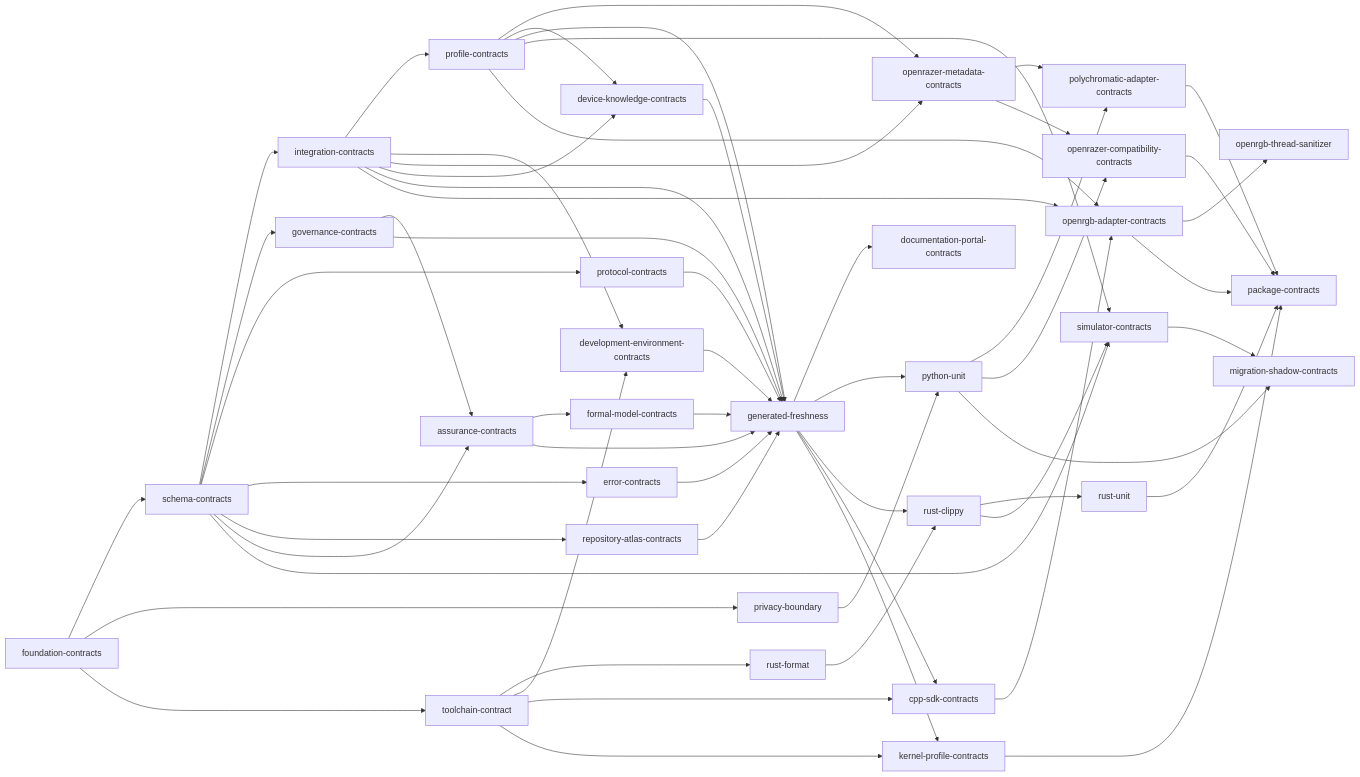
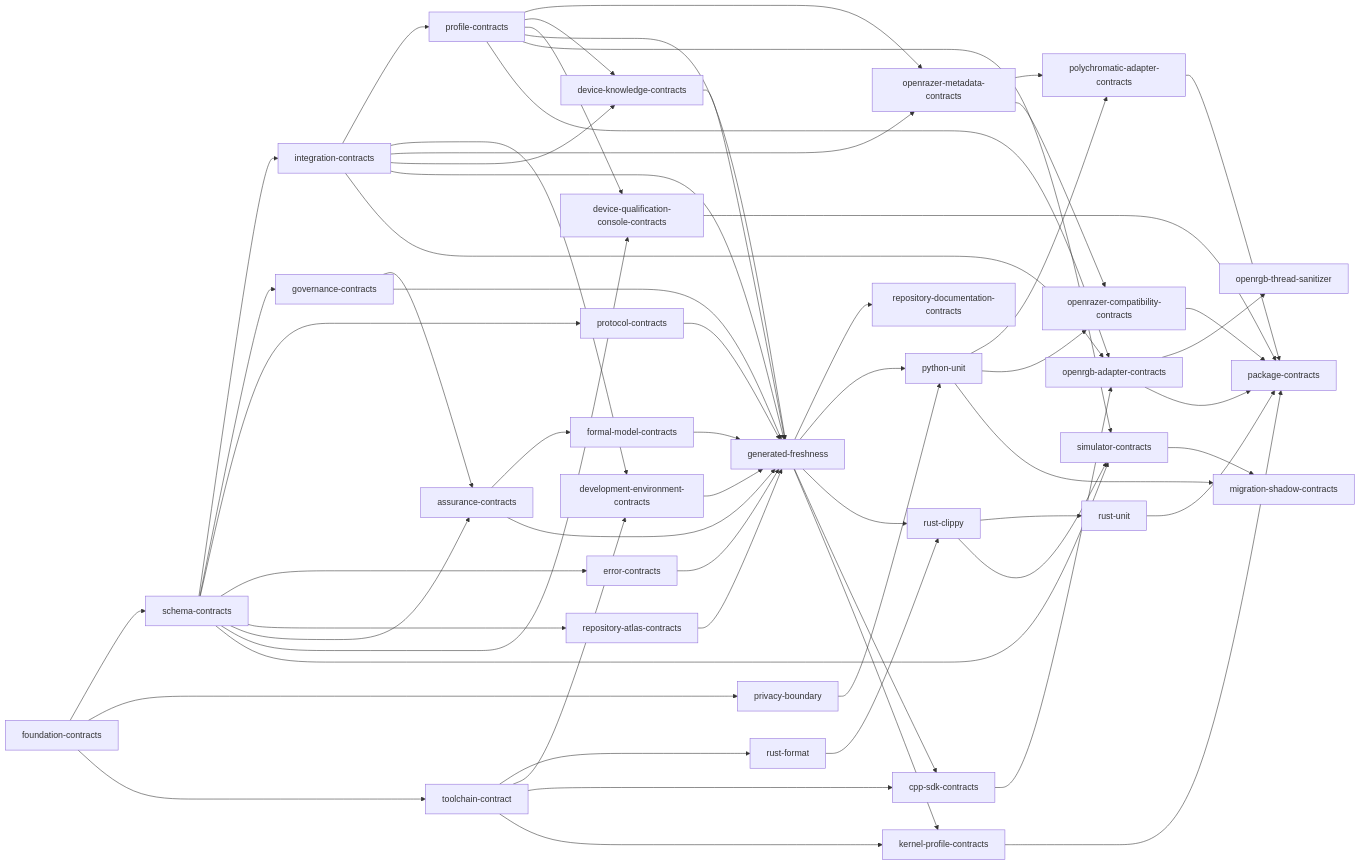
Before and after one commit to offalexjackson777-stack/hyperflux-next: the diagram in docs/generated/verification.md, drawn with Mermaid. The commit also changed other lines of this file and 129 other files, not shown here.

Commit message:
Rebuild repository experience around local qualification

````diff
--- a/docs/generated/verification.md
+++ b/docs/generated/verification.md
@@ -58,8 +59,9 @@
     formal_model_contracts["formal-model-contracts"]
     openrazer_metadata_contracts["openrazer-metadata-contracts"]
     device_knowledge_contracts["device-knowledge-contracts"]
+    device_qualification_console_contracts["device-qualification-console-contracts"]
     generated_freshness["generated-freshness"]
-    documentation_portal_contracts["documentation-portal-contracts"]
+    repository_documentation_contracts["repository-documentation-contracts"]
     python_unit["python-unit"]
     rust_clippy["rust-clippy"]
     cpp_sdk_contracts["cpp-sdk-contracts"]
@@ -91,6 +93,8 @@
     profile_contracts --> openrazer_metadata_contracts
     integration_contracts --> device_knowledge_contracts
     profile_contracts --> device_knowledge_contracts
+    schema_contracts --> device_qualification_console_contracts
+    profile_contracts --> device_qualification_console_contracts
     profile_contracts --> generated_freshness
     device_knowledge_contracts --> generated_freshness
     protocol_contracts --> generated_freshness
@@ -101,7 +105,7 @@
     development_environment_contracts --> generated_freshness
     governance_contracts --> generated_freshness
     repository_atlas_contracts --> generated_freshness
-    generated_freshness --> documentation_portal_contracts
+    generated_freshness --> repository_documentation_contracts
     generated_freshness --> python_unit
     privacy_boundary --> python_unit
     generated_freshness --> rust_clippy
@@ -129,4 +133,5 @@
     polychromatic_adapter_contracts --> package_contracts
     openrazer_compatibility_contracts --> package_contracts
     rust_unit --> package_contracts
+    device_qualification_console_contracts --> package_contracts
 ```
````
